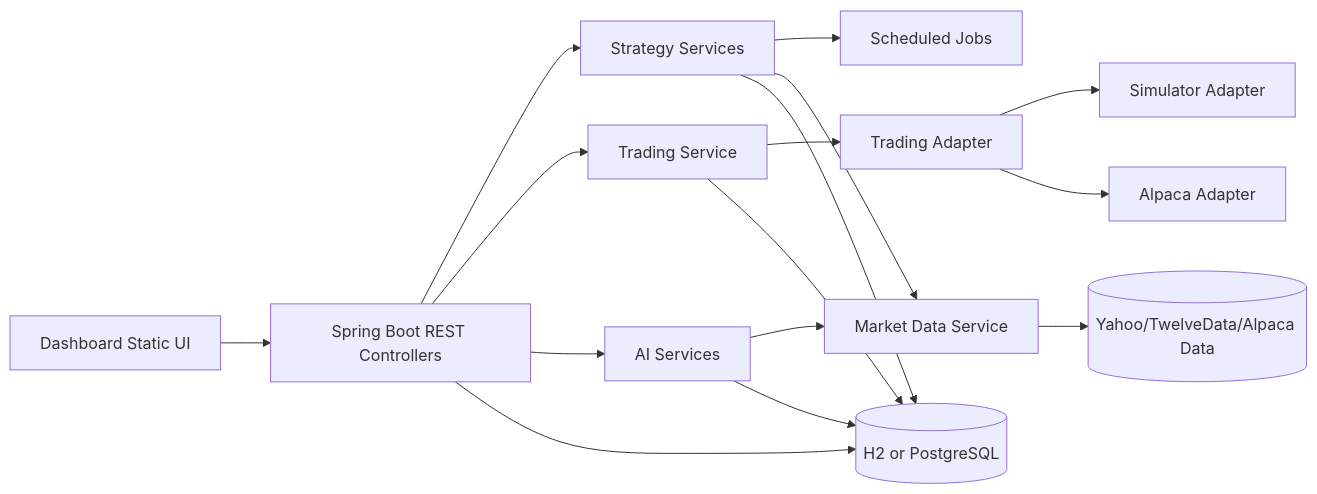
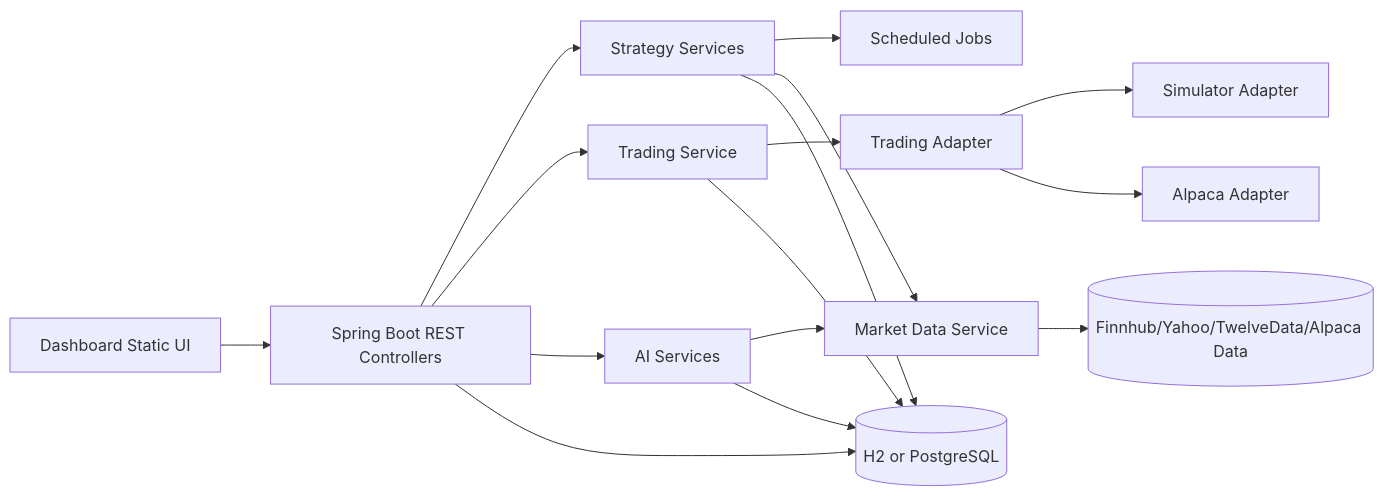
The diagram in docs/technical-details.md (sonani-pankaj/paper-money-stock), drawn with Mermaid before and after one commit. The commit also changed other lines of this file and 12 other files, not shown here.

````diff
--- a/docs/technical-details.md
+++ b/docs/technical-details.md
@@ -33,18 +33,18 @@
 ```mermaid
 flowchart LR
     UI[Dashboard Static UI] --> API[Spring Boot REST Controllers]
     API --> Strategy[Strategy Services]
     API --> Trading[Trading Service]
     API --> AI[AI Services]
     Strategy --> Jobs[Scheduled Jobs]
     Trading --> Adapter[Trading Adapter]
     Adapter --> Sim[Simulator Adapter]
     Adapter --> Alp[Alpaca Adapter]
     Strategy --> Market[Market Data Service]
     AI --> Market
-    Market --> External[(Yahoo/TwelveData/Alpaca Data)]
+    Market --> External[(Finnhub/Yahoo/TwelveData/Alpaca Data)]
     API --> DB[(H2 or PostgreSQL)]
     Strategy --> DB
     Trading --> DB
     AI --> DB
 ```
````
